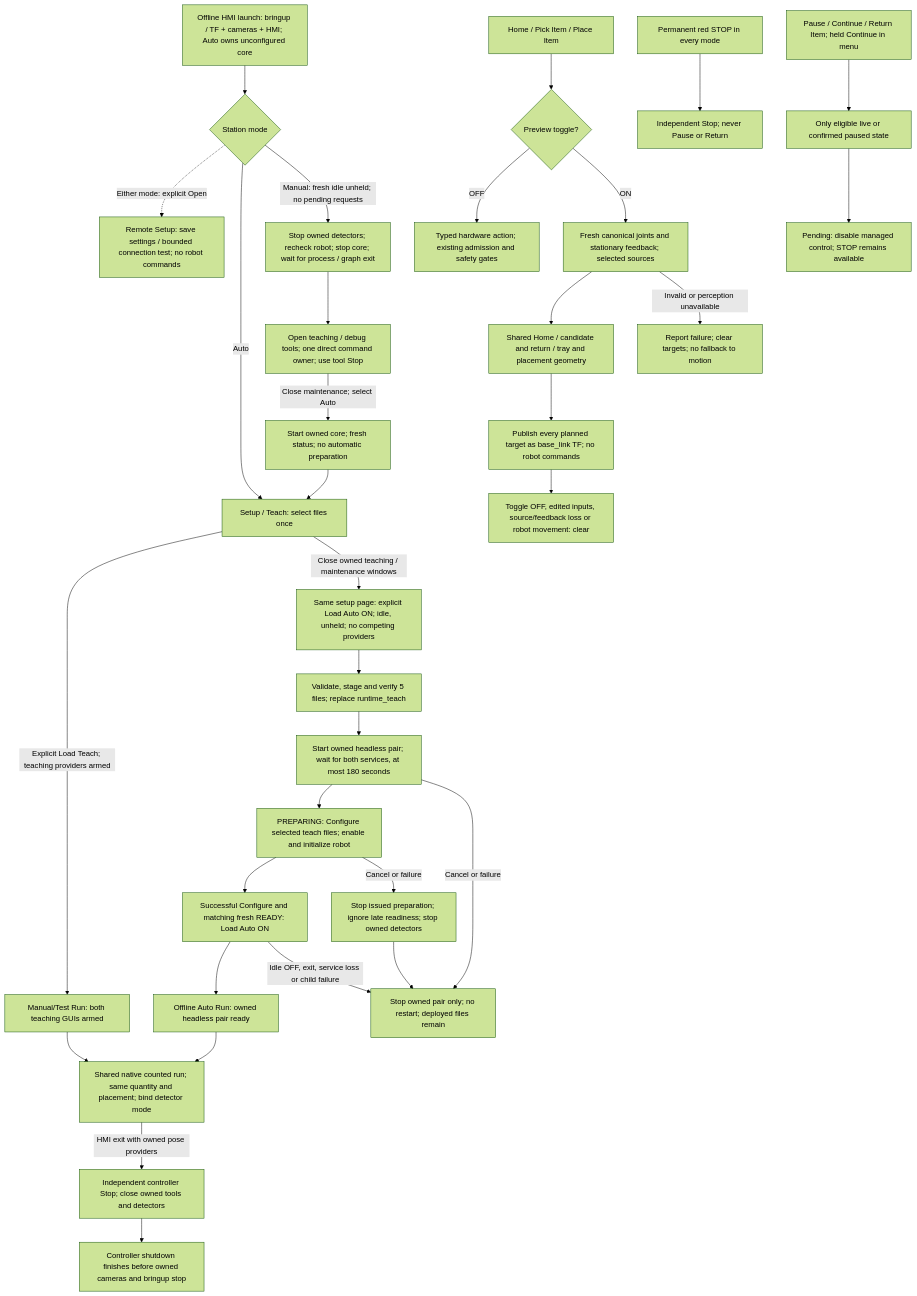
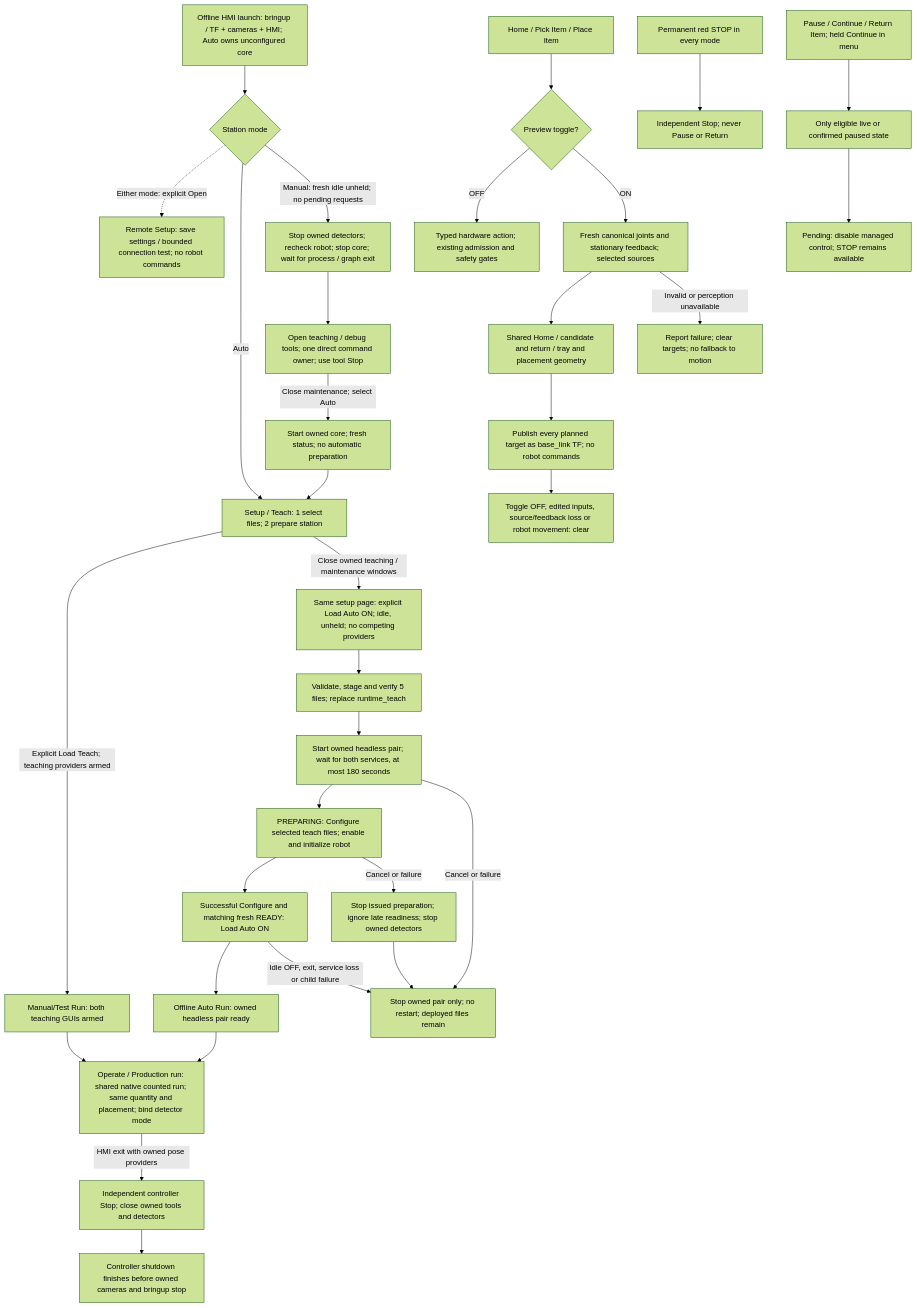
One commit to esgange/dobot_picknplace_yolo changed the first of 9 diagrams in docs/ROBOT_CONTROLLER_FSM.md. Above: the diagram before and after it, drawn with Mermaid (forest theme). The commit also changed other lines of this file and 10 other files, not shown here.

Commit message:
Organize station HMI around production and setup tasks

````diff
--- a/docs/ROBOT_CONTROLLER_FSM.md
+++ b/docs/ROBOT_CONTROLLER_FSM.md
@@ -1034,35 +1048,35 @@
 ```mermaid
 flowchart TD
     Launch["Offline HMI launch: bringup / TF + cameras + HMI; Auto owns unconfigured core"] --> StationMode{"Station mode"}
     StationMode -.->|Either mode: explicit Open| Remote["Remote Setup: save settings / bounded connection test; no robot commands"]
     StationMode -->|Auto| TeachPage
     StationMode -->|Manual: fresh idle unheld; no pending requests| ReleaseCore["Stop owned detectors; recheck robot; stop core; wait for process / graph exit"]
     ReleaseCore --> Tools["Open teaching / debug tools; one direct command owner; use tool Stop"]
     Tools -->|Close maintenance; select Auto| RestoreCore["Start owned core; fresh status; no automatic preparation"]
     RestoreCore --> TeachPage
-    TeachPage["Setup / Teach: select files once"] -->|Explicit Load Teach; teaching providers armed| Manual
+    TeachPage["Setup / Teach: 1 select files; 2 prepare station"] -->|Explicit Load Teach; teaching providers armed| Manual
     TeachPage -->|Close owned teaching / maintenance windows| Deploy["Same setup page: explicit Load Auto ON; idle, unheld; no competing providers"]
     Deploy --> Copy["Validate, stage and verify 5 files; replace runtime_teach"]
     Copy --> Detect["Start owned headless pair; wait for both services, at most 180 seconds"]
     Detect --> Prepare["PREPARING: Configure selected teach files; enable and initialize robot"]
     Prepare --> Loaded["Successful Configure and matching fresh READY: Load Auto ON"]
     Loaded --> Auto["Offline Auto Run: owned headless pair ready"]
-    Manual["Manual/Test Run: both teaching GUIs armed"] --> Run["Shared native counted run; same quantity and placement; bind detector mode"]
+    Manual["Manual/Test Run: both teaching GUIs armed"] --> Run["Operate / Production run: shared native counted run; same quantity and placement; bind detector mode"]
     Auto --> Run
     Run -->|HMI exit with owned pose providers| HmiExit["Independent controller Stop; close owned tools and detectors"]
     HmiExit --> StationExit["Controller shutdown finishes before owned cameras and bringup stop"]
     Loaded -->|Idle OFF, exit, service loss or child failure| End["Stop owned pair only; no restart; deployed files remain"]
     Detect -->|Cancel or failure| End
     Prepare -->|Cancel or failure| CancelPrepare["Stop issued preparation; ignore late readiness; stop owned detectors"]
     CancelPrepare --> End
     Buttons["Home / Pick Item / Place Item"] --> Mode{"Preview toggle?"}
     Mode -->|OFF| Action["Typed hardware action; existing admission and safety gates"]
     Mode -->|ON| Inputs["Fresh canonical joints and stationary feedback; selected sources"]
     Inputs --> Plan["Shared Home / candidate and return / tray and placement geometry"]
     Plan --> TF["Publish every planned target as base_link TF; no robot commands"]
     TF --> Clear["Toggle OFF, edited inputs, source/feedback loss or robot movement: clear"]
     Inputs -->|Invalid or perception unavailable| Failed["Report failure; clear targets; no fallback to motion"]
     Stop["Permanent red STOP in every mode"] --> Direct["Independent Stop; never Pause or Return"]
     Managed["Pause / Continue / Return Item; held Continue in menu"] --> Guard["Only eligible live or confirmed paused state"]
     Guard --> Pending["Pending: disable managed control; STOP remains available"]
 ```
````
